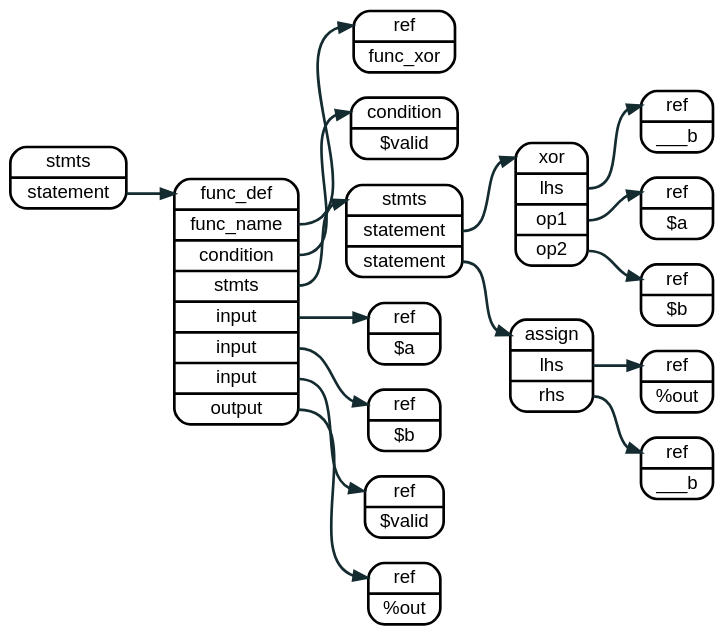
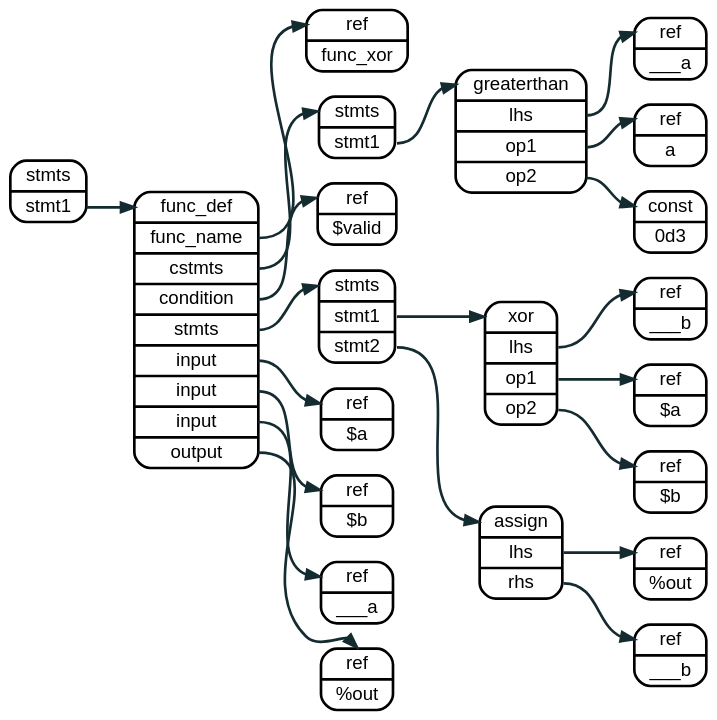
The diagram in source/graphviz/function_def_conditional.dot (sakshi15108/lnast-doc), drawn with Graphviz before and after one commit. The commit also changed 29 other files, not shown here.

```diff
--- a/source/graphviz/function_def_conditional.dot
+++ b/source/graphviz/function_def_conditional.dot
@@ -1,50 +1,61 @@
 digraph assign {
   rankdir=LR
   bgcolor="transparent"
 
   node  [fontname = "helvetica", shape=record, style="rounded", penwidth = 2];
   edge  [fontname = "helvetica", color="#142b30", arrowhead="normal", penwidth = 2];
   graph [fontname = "helvetica"];
 
-  
+  node0 [label = "<a> stmts | <s1> stmt1"];
+  node1 [label = "<a> func_def | <n> func_name | <c1> cstmts | <cond> condition | <stmts> stmts |<io1> input | <io2> input |  <io3> input | <io4> output "]
 
-  node0 [label = "<a> stmts | <s1> statement"];
-  node1 [label = "<a> func_def | <n> func_name | <cond> condition | <stmts>
-  stmts |<io1> input | <io2> input |  <io3> input | <io4> output "]
+  node1:c1 -> node2b:a;
+
+  node2b [label = "<a> stmts | <s1> stmt1"];
+  node3b [label = "<a> greaterthan | <l> lhs | <r1> op1 | <r2> op2 "];
+  node4b [label = "<a> ref   | <l> ___a"];
+  node5b [label = "<a> ref   | <l> a"];
+  node6b [label = "<a> const | <l> 0d3"];
+
+  node2b:s1 -> node3b:a;
+  node3b:l  -> node4b:a;
+  node3b:r1 -> node5b:a;
+  node3b:r2 -> node6b:a;
+
   node2 [label = "<a> ref   | <l> func_xor"];
   node3 [label = "<a> ref   | <l> $a"];
   node4 [label = "<a> ref   | <l> $b"];
-  nodex [label = "<a> ref   | <l> $valid"];
+  nodex [label = "<a> ref   | <l> ___a"];
   node5 [label = "<a> ref   | <l> %out"];
-  node6 [label = "<a> stmts | <s1> statement | <s2> statement"];
+  node6 [label = "<a> stmts | <s1> stmt1 | <s2> stmt2"];
 
   node7 [label = "<a> xor | <l> lhs | <r1> op1 | <r2> op2 "];
   node8 [label = "<a> ref   | <l> ___b"];
   node9 [label = "<a> ref   | <l> $a"];
   nodea [label = "<a> ref   | <l> $b"];
 
   nodeb [label = "<a> assign | <l> lhs  | <r> rhs"];
   nodec [label = "<a> ref   | <l> %out"];
   noded [label = "<a> ref   | <l> ___b"];
 
-  nodee [label = "<a> condition | <l> $valid"];
+  nodee [label = "<a> ref | <l> $valid"];
 
   node0:s1  -> node1:a;
   node1:n   -> node2:a;
   node1:stmts -> node6:a;
   node1:cond  -> nodee:a;
   node1:io1 -> node3:a;
   node1:io2 -> node4:a;
   node1:io3 -> nodex:a;
   node1:io4 -> node5:a;
 
   node6:s1 -> node7:a;
   node6:s2 -> nodeb:a;
 
   node7:l -> node8:a;
   node7:r1 -> node9:a;
   node7:r2 -> nodea:a;
-  
+
   nodeb:l -> nodec:a;
   nodeb:r -> noded:a;
 }
```
